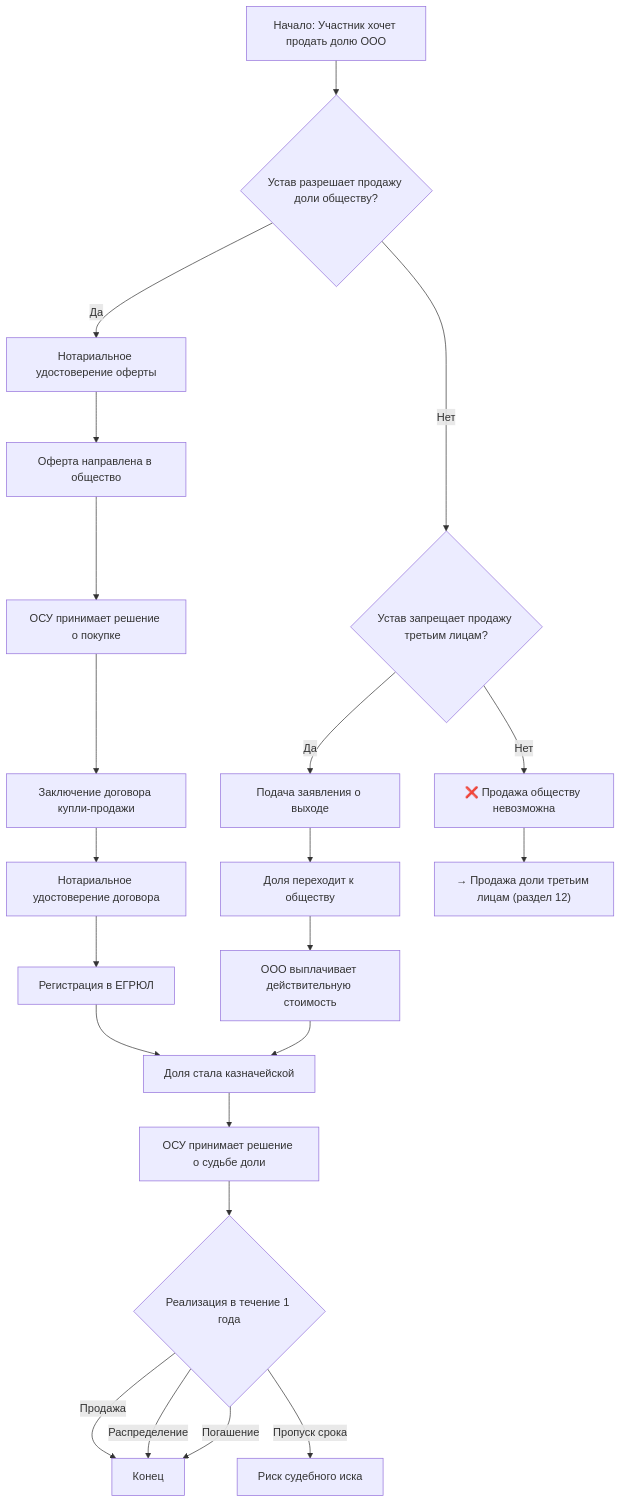
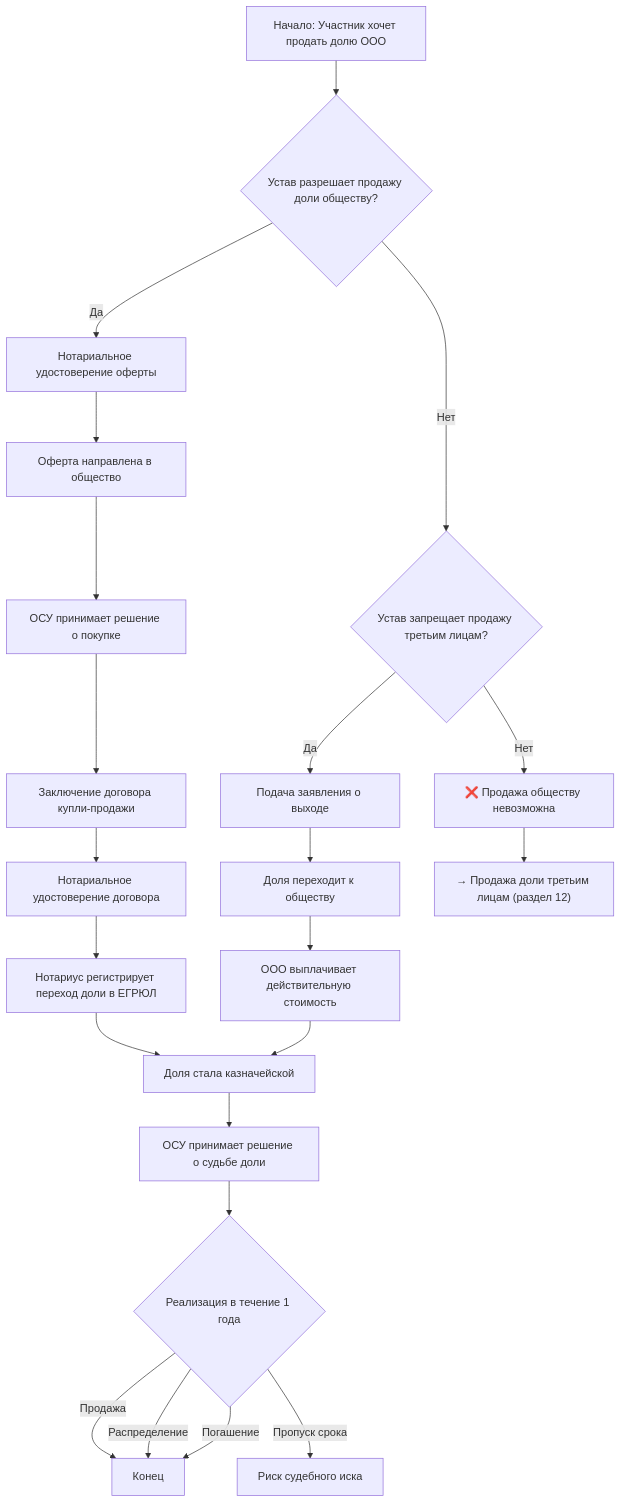
Before and after one commit to arsenyuk/SamorodinkaTech.Fiducia: the first of 4 diagrams in docs/business-processes/llc-share-purchase-sale.md, drawn with Mermaid. The commit also changed other lines of this file, not shown here.

Commit message:
docs(llc): уточнить узлы ЕГРЮЛ — что регистрируем (переход доли) и кто (нотариус)

````diff
--- a/docs/business-processes/llc-share-purchase-sale.md
+++ b/docs/business-processes/llc-share-purchase-sale.md
@@ -119,24 +119,24 @@
 ```mermaid
 flowchart TD
     A["Начало: Участник хочет продать долю ООО"] --> B{Устав разрешает продажу доли обществу?}
     B -->|Да| F["Нотариальное удостоверение оферты"]
     F --> G["Оферта направлена в общество"]
     G --> H["ОСУ принимает решение о покупке"]
     H --> I["Заключение договора купли-продажи"]
     I --> J["Нотариальное удостоверение договора"]
-    J --> K["Регистрация в ЕГРЮЛ"]
+    J --> K["Нотариус регистрирует переход доли в ЕГРЮЛ"]
     K --> L["Доля стала казначейской"]
     L --> M["ОСУ принимает решение о судьбе доли"]
     M --> N{Реализация в течение 1 года}
     N -->|Продажа| O["Конец"]
     N -->|Распределение| O
     N -->|Погашение| O
     N -->|"Пропуск срока"| P["Риск судебного иска"]
     B -->|Нет| C{Устав запрещает продажу третьим лицам?}
     C -->|Да| CC["Подача заявления о выходе"]
     CC --> D["Доля переходит к обществу"]
     D --> E["ООО выплачивает действительную стоимость"]
     E --> L
     C -->|Нет| Q["❌ Продажа обществу невозможна"]
     Q --> R["→ Продажа доли третьим лицам (раздел 12)"]
 ```
````
